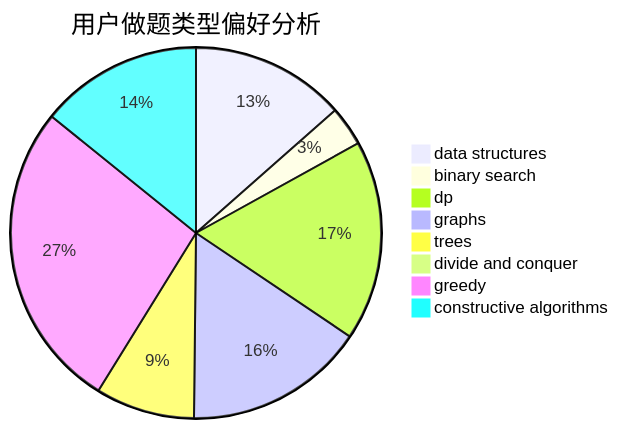
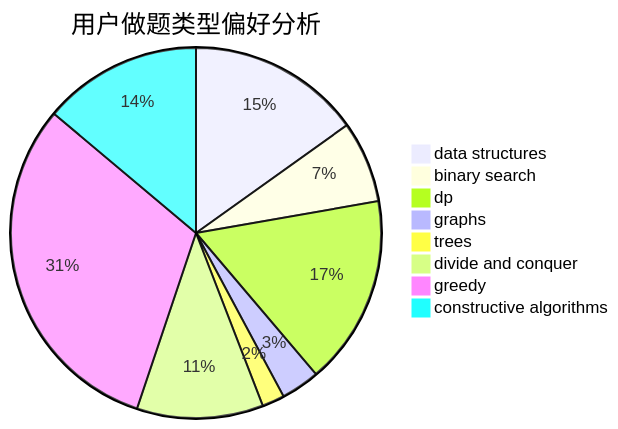
Before and after one commit to sherpahu/cfrs.github.io: the second of 3 diagrams in docs/user/u1149.md, drawn with Mermaid. The commit also changed other lines of this file and 2770 other files, not shown here.

````diff
--- a/docs/user/u1149.md
+++ b/docs/user/u1149.md
@@ -23,11 +23,11 @@
 ```mermaid
 pie title 用户做题类型偏好分析
-    "data structures" :  78
-    "binary search" :  20
-    "dp" :  101
-    "graphs" :  91
-    "trees" :  50
-    "divide and conquer" :  0
-    "greedy" :  156
-    "constructive algorithms" :  82
+    "data structures" :  85
+    "binary search" :  40
+    "dp" :  93
+    "graphs" :  19
+    "trees" :  11
+    "divide and conquer" :  62
+    "greedy" :  174
+    "constructive algorithms" :  78
 ```
````
